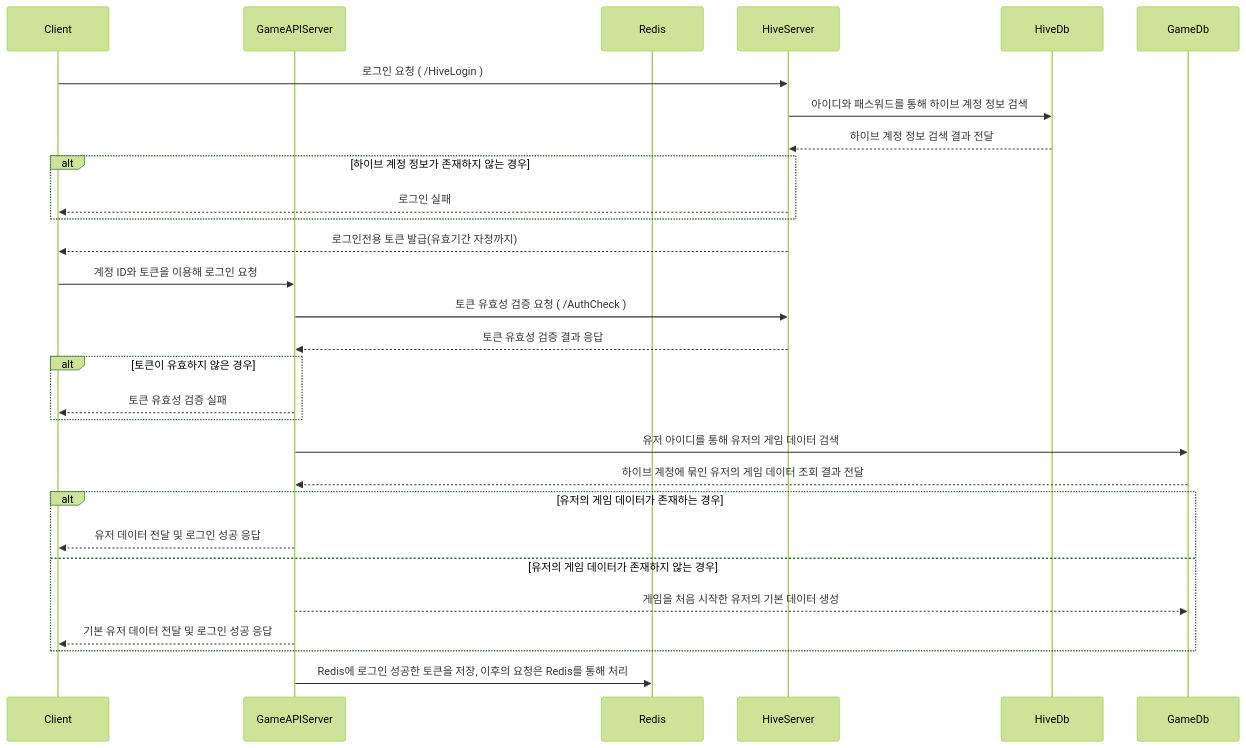
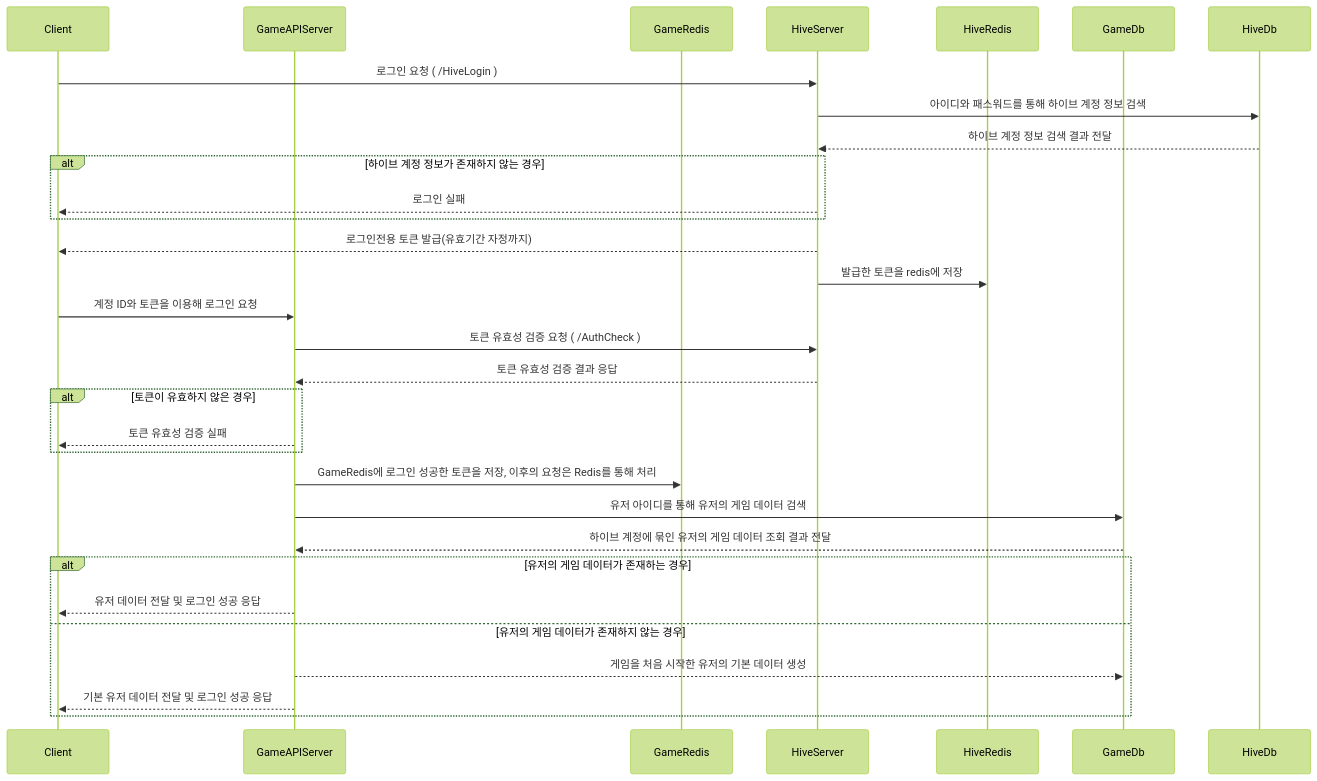
Before and after one commit to ks-wook/com2us_omok_server: the second of 2 diagrams in SequenceDiagram.md, drawn with Mermaid (forest theme).

````diff
--- a/SequenceDiagram.md
+++ b/SequenceDiagram.md
@@ -29,37 +29,39 @@
 ```mermaid
 sequenceDiagram
     
     participant Client
     participant GameAPIServer
-    participant Redis
+    participant GameRedis
     participant HiveServer
+    participant HiveRedis
+    participant GameDb
     participant HiveDb
-    participant GameDb
 
 
     Client             ->> HiveServer:        로그인 요청 ( /HiveLogin )
     HiveServer         ->> HiveDb:            아이디와 패스워드를 통해 하이브 계정 정보 검색
     HiveDb            -->> HiveServer:        하이브 계정 정보 검색 결과 전달
     alt 하이브 계정 정보가 존재하지 않는 경우
         HiveServer    -->> Client:            로그인 실패
     end
 
     HiveServer        -->> Client:            로그인전용 토큰 발급(유효기간 자정까지)
+    HiveServer         ->> HiveRedis:         발급한 토큰을 redis에 저장
     Client             ->> GameAPIServer:     계정 ID와 토큰을 이용해 로그인 요청
     GameAPIServer      ->> HiveServer:        토큰 유효성 검증 요청 ( /AuthCheck )
     HiveServer        -->> GameAPIServer:     토큰 유효성 검증 결과 응답
     alt 토큰이 유효하지 않은 경우
         GameAPIServer -->> Client:            토큰 유효성 검증 실패
     end
 
+    GameAPIServer      ->> GameRedis:         GameRedis에 로그인 성공한 토큰을 저장, 이후의 요청은 Redis를 통해 처리
     GameAPIServer      ->> GameDb:            유저 아이디를 통해 유저의 게임 데이터 검색
     GameDb            -->> GameAPIServer:     하이브 계정에 묶인 유저의 게임 데이터 조회 결과 전달
     alt 유저의 게임 데이터가 존재하는 경우
         GameAPIServer -->> Client:            유저 데이터 전달 및 로그인 성공 응답
     else 유저의 게임 데이터가 존재하지 않는 경우
         GameAPIServer -->> GameDb:            게임을 처음 시작한 유저의 기본 데이터 생성
         GameAPIServer -->> Client:            기본 유저 데이터 전달 및 로그인 성공 응답
     end
-    GameAPIServer      ->> Redis:    Redis에 로그인 성공한 토큰을 저장, 이후의 요청은 Redis를 통해 처리
 
 ```
````
